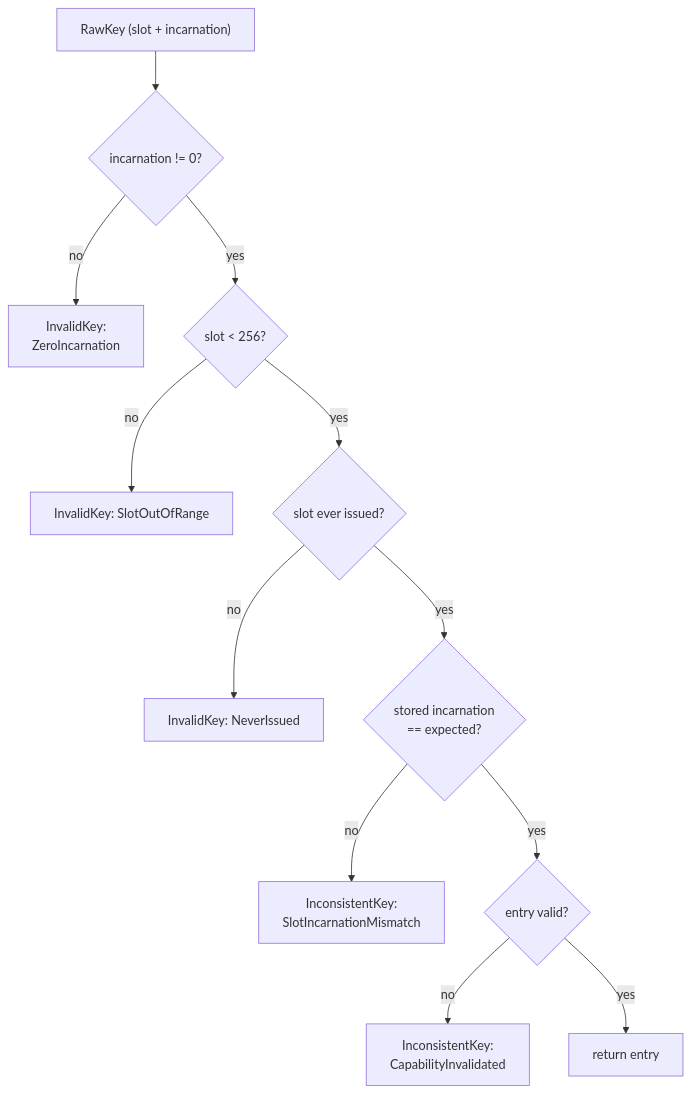
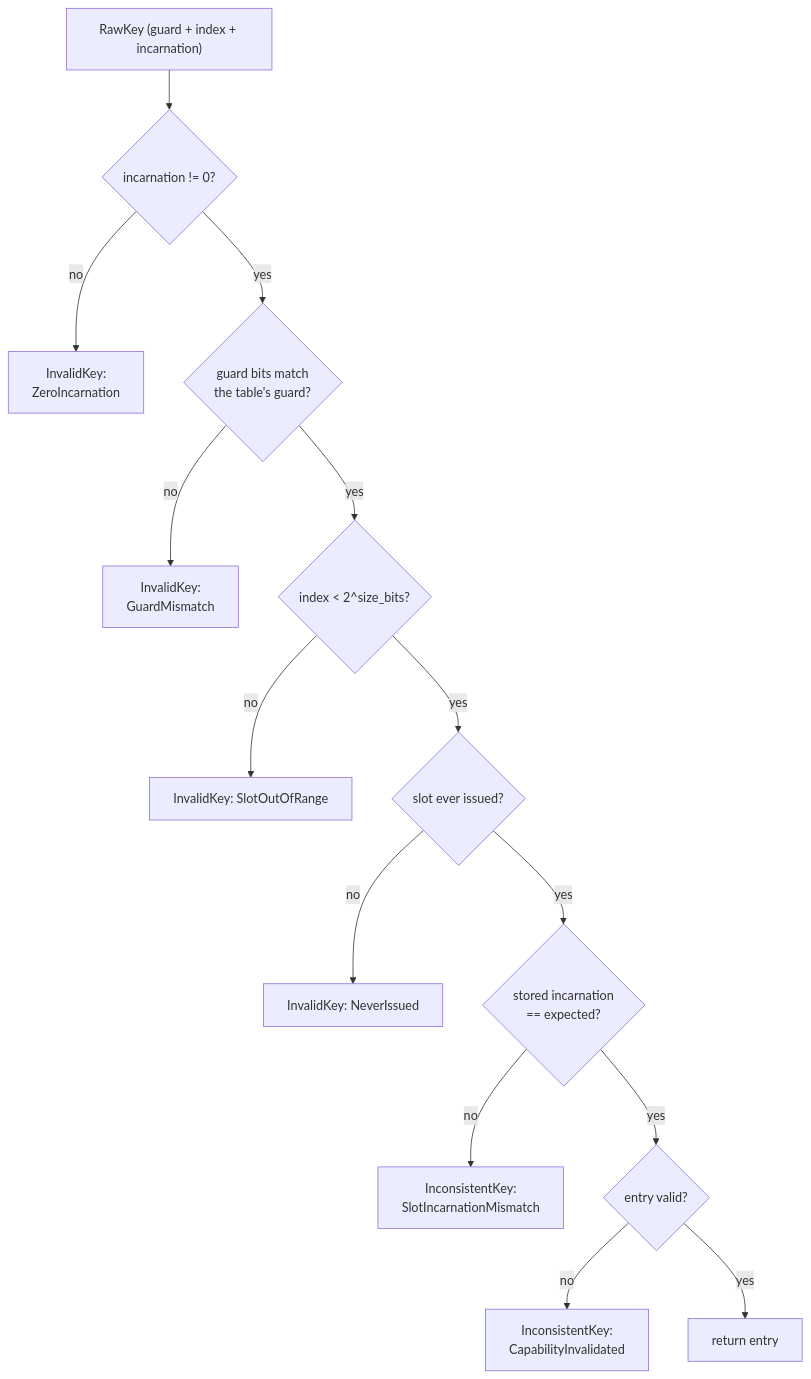
One commit to metta-systems/vesper changed the diagram in doc/object_types/core/key_table.md. Above: the diagram before and after it, drawn with Mermaid. The commit also changed other lines of this file and 28 other files, not shown here.

Commit message:
Implement KeyTable guards and variable size

````diff
--- a/doc/object_types/core/key_table.md
+++ b/doc/object_types/core/key_table.md
@@ -61,14 +71,16 @@
 ```mermaid
 flowchart TD
-    A["RawKey (slot + incarnation)"] --> B{"incarnation != 0?"}
+    A["RawKey (guard + index + incarnation)"] --> B{"incarnation != 0?"}
     B -- "no" --> E1["InvalidKey:<br/>ZeroIncarnation"]
-    B -- "yes" --> C{"slot < 256?"}
+    B -- "yes" --> G{"guard bits match<br/>the table's guard?"}
+    G -- "no" --> E6["InvalidKey:<br/>GuardMismatch"]
+    G -- "yes" --> C{"index < 2^size_bits?"}
     C -- "no" --> E2["InvalidKey: SlotOutOfRange"]
     C -- "yes" --> D{"slot ever issued?"}
     D -- "no" --> E3["InvalidKey: NeverIssued"]
     D -- "yes" --> E{"stored incarnation<br/>== expected?"}
     E -- "no" --> E4["InconsistentKey:<br/>SlotIncarnationMismatch"]
     E -- "yes" --> F{"entry valid?"}
     F -- "no" --> E5["InconsistentKey:<br/>CapabilityInvalidated"]
     F -- "yes" --> OK["return entry"]
 ```
````
